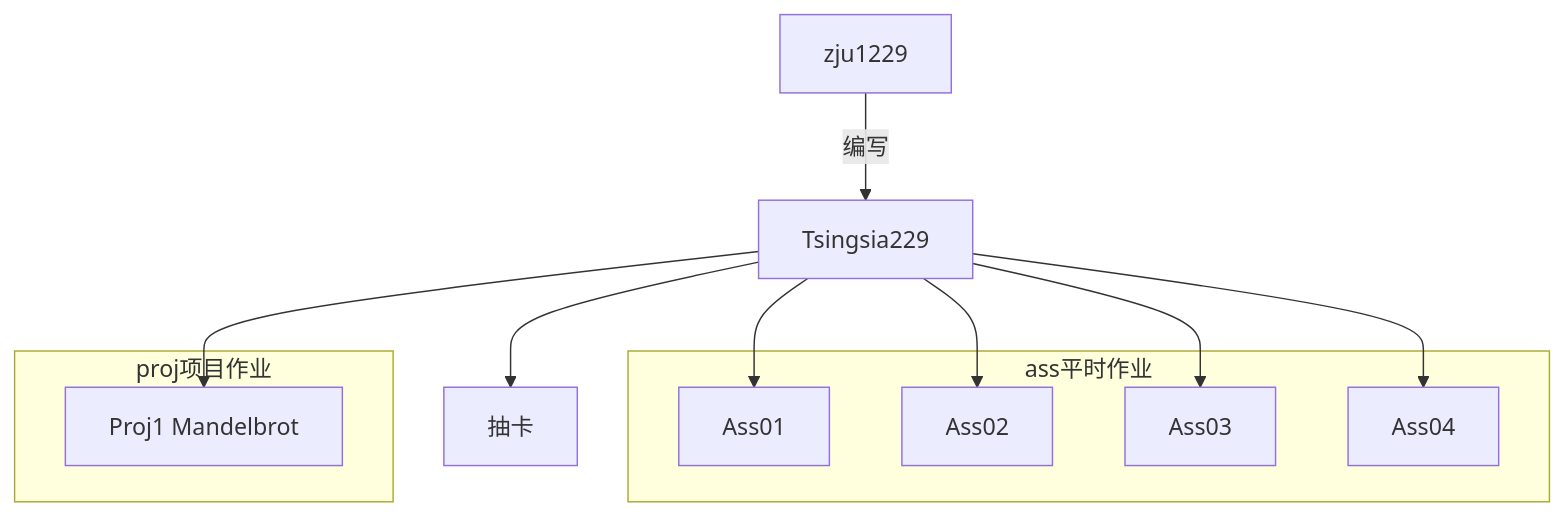
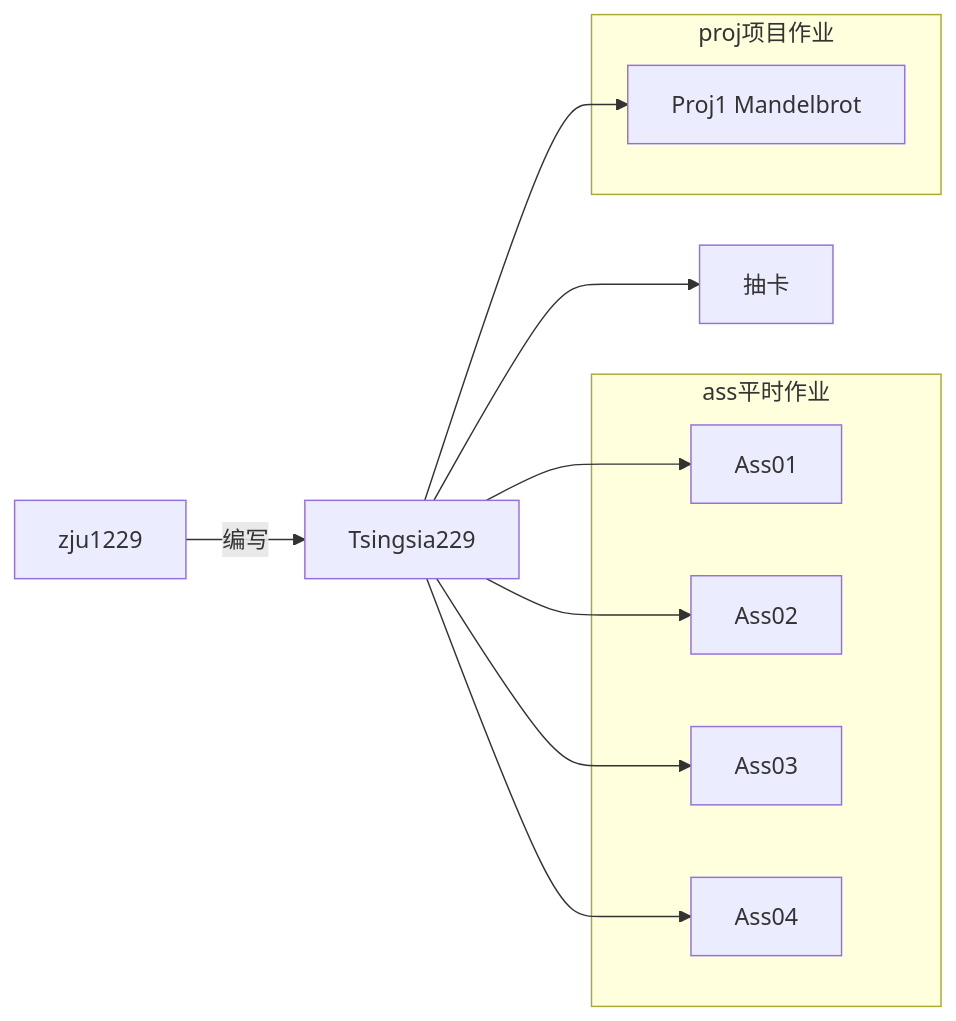
One commit to zju1229/Tsingsia229_OUTPUT changed the third of 3 diagrams in README.md. Above: the diagram before and after it, drawn with Mermaid.

````diff
--- a/README.md
+++ b/README.md
@@ -37,19 +37,19 @@
 ```mermaid
-graph TD
+graph LR
   E[zju1229] -->|编写| A[Tsingsia229]
   A --> B1[Ass01]
   A --> B2[Ass02]
   A --> B3[Ass03]
   A --> B4[Ass04]
   subgraph ass平时作业
     B1
     B2
     B3
     B4
   end
   A --> P1
   subgraph proj项目作业
     P1[Proj1 Mandelbrot]
   end
   A --> F[抽卡]
 ```
````
